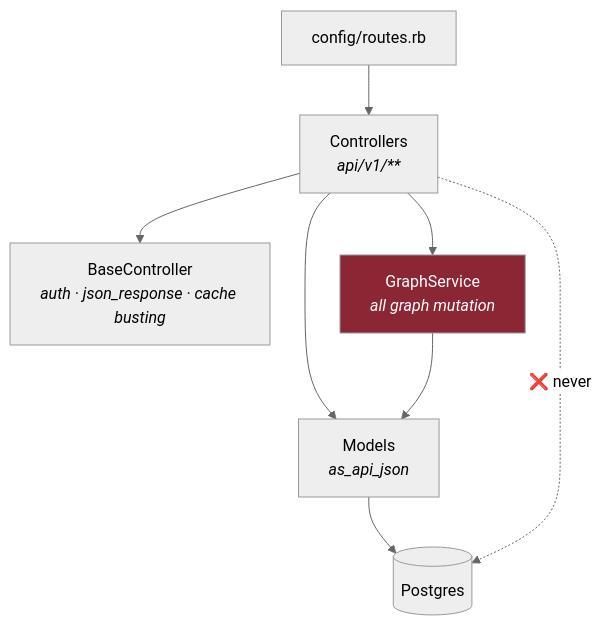
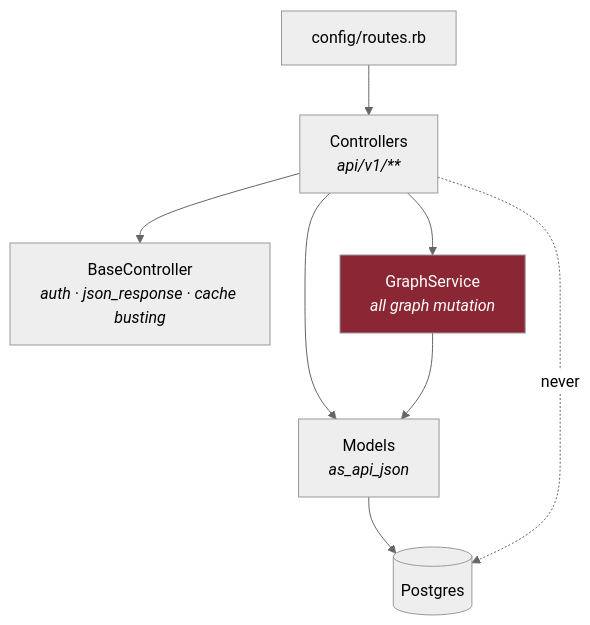
Before and after one commit to oscrallnium/Commute-Backend: the fourth of 4 diagrams in docs/architecture.md, drawn with Mermaid (neutral theme). The commit also changed other lines of this file and 11 other files, not shown here.

````diff
--- a/docs/architecture.md
+++ b/docs/architecture.md
@@ -141,12 +141,12 @@
 ```mermaid
 graph TD
     RT["config/routes.rb"] --> CTRL["Controllers<br/><i>api/v1/**</i>"]
     CTRL --> BC["BaseController<br/><i>auth · json_response · cache busting</i>"]
     CTRL --> GS["GraphService<br/><i>all graph mutation</i>"]
     CTRL --> MOD["Models<br/><i>as_api_json</i>"]
     GS --> MOD
     MOD --> PG[(Postgres)]
-    CTRL -.->|❌ never| PG
+    CTRL -.->|never| PG
 
     style GS fill:#8b2635,color:#fff
 ```
````
